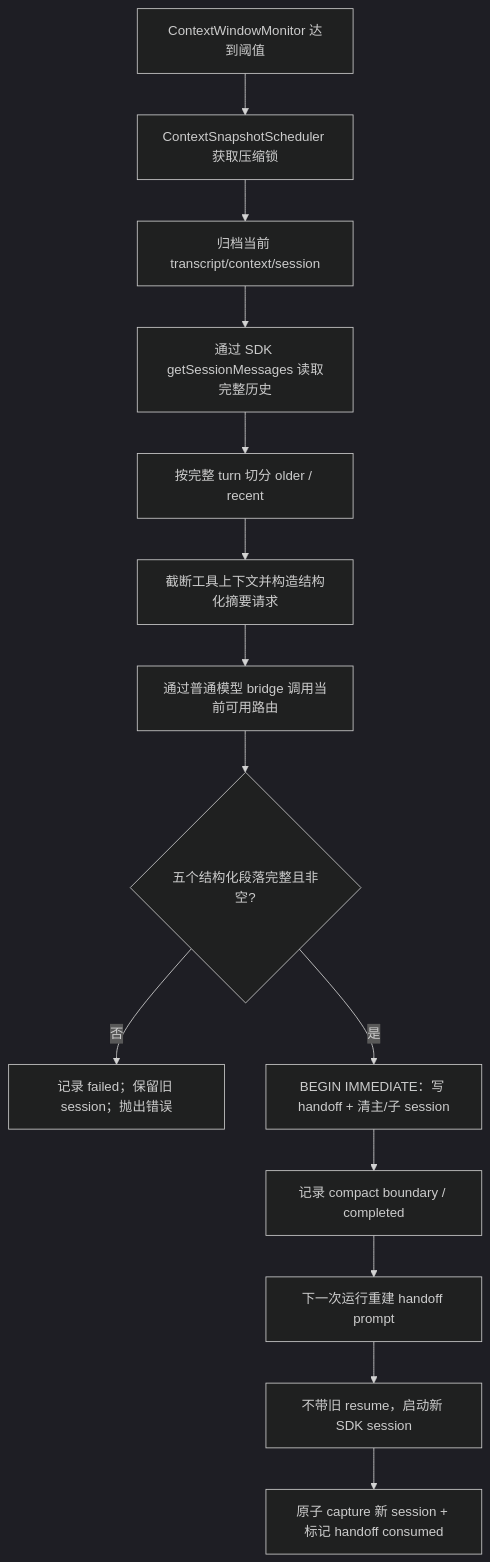
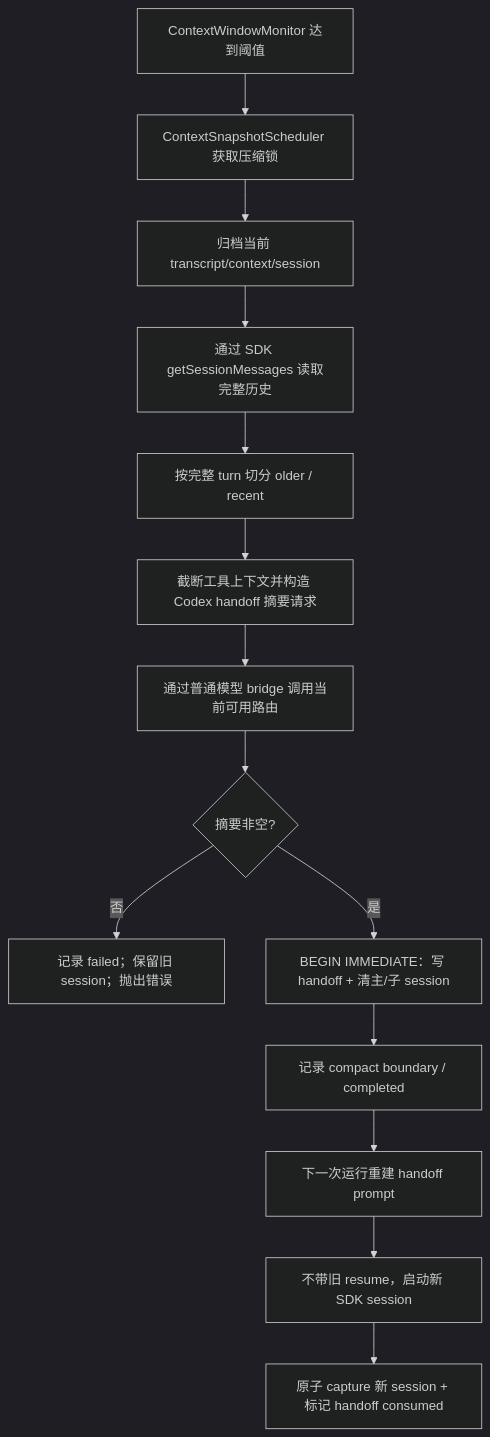
One commit to plus1998/eco-coding changed the diagram in docs/context-compaction-strategy.md. Above: the diagram before and after it, drawn with Mermaid (dark theme). The commit also changed other lines of this file and 24 other files, not shown here.

First line of the commit message:
feat(desktop): align Eco context compact with Codex handoff

````diff
--- a/docs/context-compaction-strategy.md
+++ b/docs/context-compaction-strategy.md
@@ -320,16 +319,16 @@
 ```mermaid
 flowchart TD
   A["ContextWindowMonitor 达到阈值"] --> B["ContextSnapshotScheduler 获取压缩锁"]
   B --> C["归档当前 transcript/context/session"]
   C --> D["通过 SDK getSessionMessages 读取完整历史"]
   D --> E["按完整 turn 切分 older / recent"]
-  E --> F["截断工具上下文并构造结构化摘要请求"]
+  E --> F["截断工具上下文并构造 Codex handoff 摘要请求"]
   F --> G["通过普通模型 bridge 调用当前可用路由"]
-  G --> H{"五个结构化段落完整且非空?"}
+  G --> H{"摘要非空?"}
   H -- "否" --> X["记录 failed；保留旧 session；抛出错误"]
   H -- "是" --> I["BEGIN IMMEDIATE：写 handoff + 清主/子 session"]
   I --> K["记录 compact boundary / completed"]
   K --> L["下一次运行重建 handoff prompt"]
   L --> M["不带旧 resume，启动新 SDK session"]
   M --> N["原子 capture 新 session + 标记 handoff consumed"]
 ```
````
